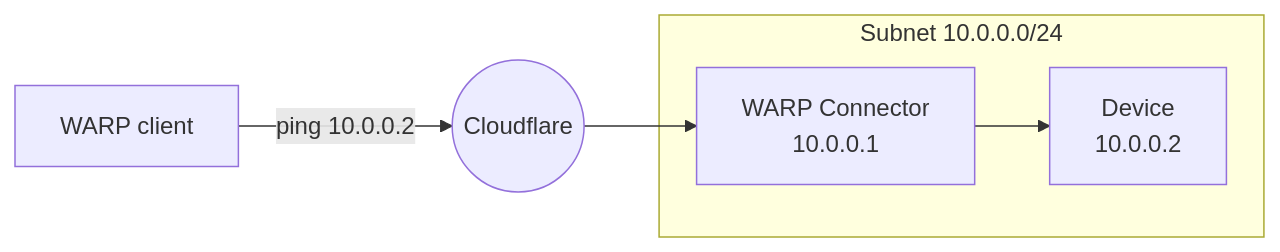
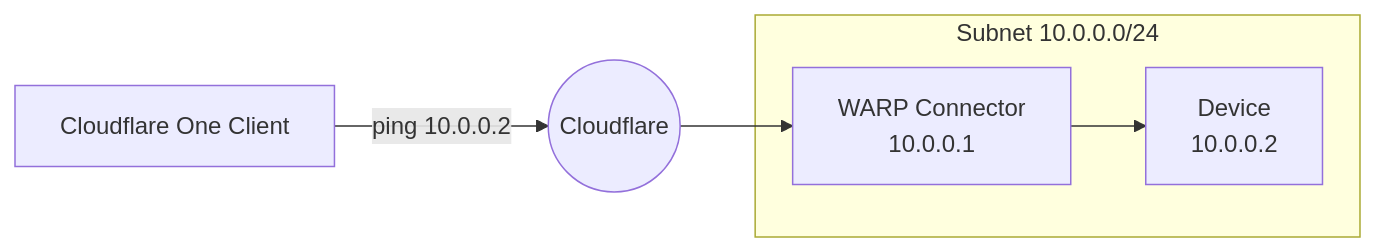
One commit to rdhanarot/cloudflare-docs changed the second of 2 diagrams in src/content/docs/cloudflare-one/networks/connectors/cloudflare-tunnel/private-net/warp-connector/user-to-site.mdx. Above: the diagram before and after it, drawn with Mermaid. The commit also changed other lines of this file and 22 other files, not shown here.

First line of the commit message:
[ZT] WARP Client --> Cloudflare One Client image audit (#29104)

````diff
--- a/src/content/docs/cloudflare-one/networks/connectors/cloudflare-tunnel/private-net/warp-connector/user-to-site.mdx
+++ b/src/content/docs/cloudflare-one/networks/connectors/cloudflare-tunnel/private-net/warp-connector/user-to-site.mdx
@@ -114,11 +113,11 @@
 ```mermaid
     flowchart LR
       subgraph subnet1[Subnet 10.0.0.0/24]
 				router1["WARP Connector
         10.0.0.1"]--> device1["Device
         10.0.0.2"]
       router1["WARP Connector
         10.0.0.1"]
       end
-      W[WARP client]--ping 10.0.0.2 -->C((Cloudflare))-->router1
+      W[Cloudflare One Client]--ping 10.0.0.2 -->C((Cloudflare))-->router1
 ```
````
